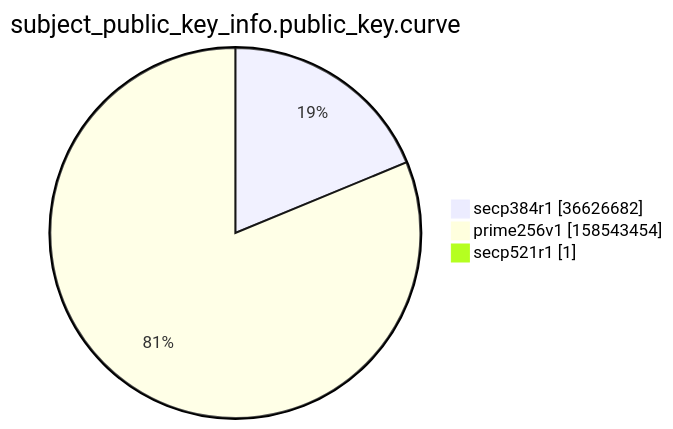
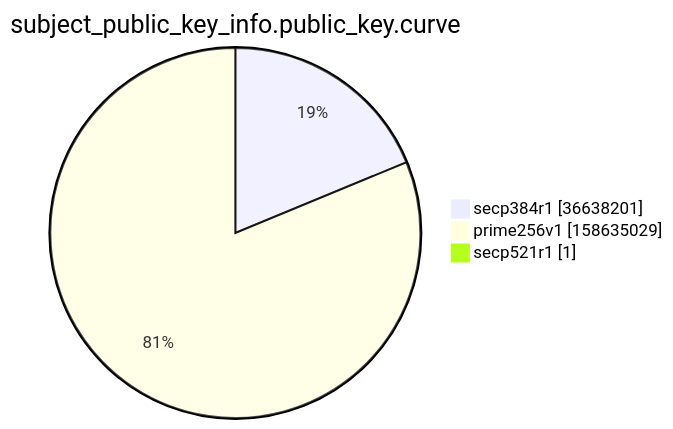
One commit to christiankrug/ctmonitor_visualization changed the ninth of 15 diagrams in argon2022/README.md. Above: the diagram before and after it, drawn with Mermaid. The commit also changed other lines of this file, not shown here.

````diff
--- a/argon2022/README.md
+++ b/argon2022/README.md
@@ -2766,7 +2766,7 @@
 ```mermaid
 pie showData
 title subject_public_key_info.public_key.curve
-"secp384r1" :36626682
-"prime256v1" :158543454
+"secp384r1" :36638201
+"prime256v1" :158635029
 "secp521r1" :1
 ```
````
